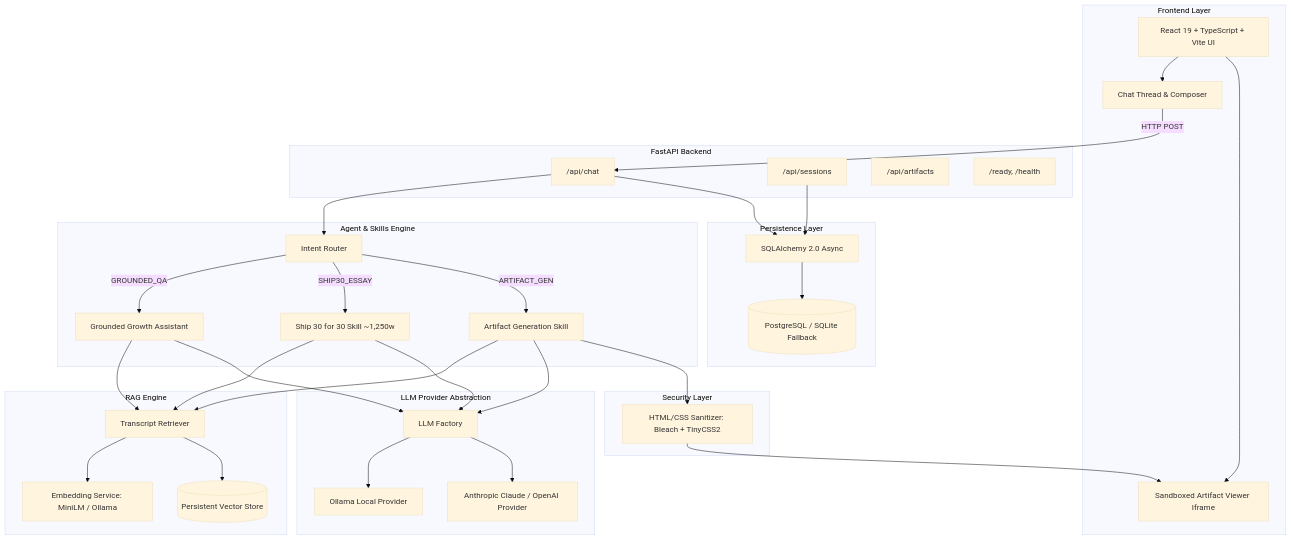
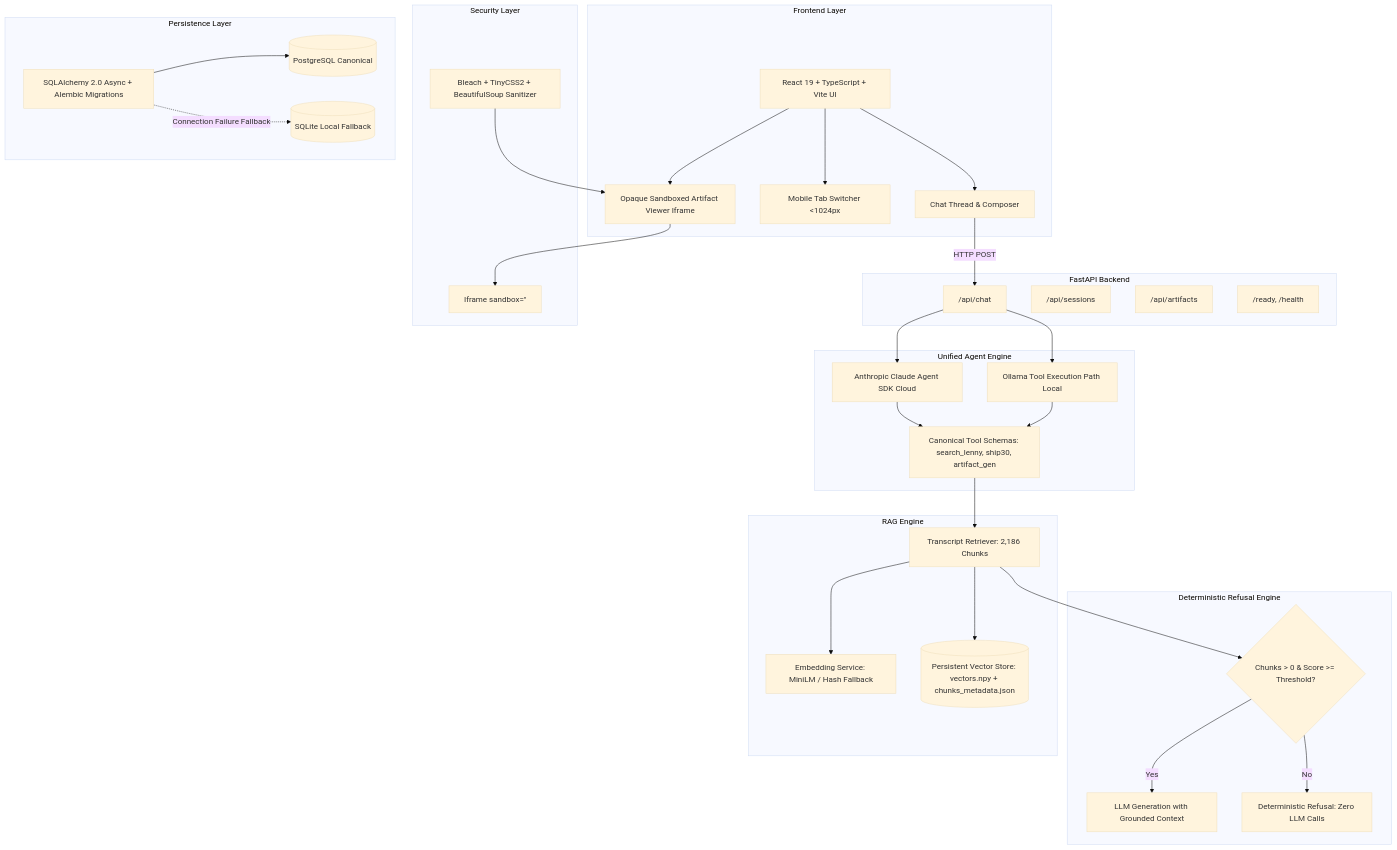
One commit to Riya-Singh-cell/lenny-growth-assistant changed the first of 2 diagrams in docs/architecture.md. Above: the diagram before and after it, drawn with Mermaid (base theme). The commit also changed other lines of this file and 46 other files, not shown here.

Commit message:
Complete Lenny Growth Assistant

````diff
--- a/docs/architecture.md
+++ b/docs/architecture.md
@@ -8,71 +30,64 @@
 ```mermaid
 flowchart TD
     subgraph Client [Frontend Layer]
         Browser[React 19 + TypeScript + Vite UI]
         ChatArea[Chat Thread & Composer]
-        Viewer[Sandboxed Artifact Viewer Iframe]
+        ResponsiveSwitcher[Mobile Tab Switcher <1024px]
+        Viewer[Opaque Sandboxed Artifact Viewer Iframe]
         Browser --> ChatArea
+        Browser --> ResponsiveSwitcher
         Browser --> Viewer
     end
 
     subgraph API [FastAPI Backend]
-        RouterEndpoint["/api/chat"]
+        ChatEndpoint["/api/chat"]
         SessionEndpoint["/api/sessions"]
         ArtifactEndpoint["/api/artifacts"]
         HealthEndpoint["/ready, /health"]
     end
 
-    subgraph AgentLayer [Agent & Skills Engine]
-        IntentRouter[Intent Router]
-        GrowthAgent[Grounded Growth Assistant]
-        Ship30Skill[Ship 30 for 30 Skill ~1,250w]
-        ArtifactSkill[Artifact Generation Skill]
-        
-        IntentRouter -->|GROUNDED_QA| GrowthAgent
-        IntentRouter -->|SHIP30_ESSAY| Ship30Skill
-        IntentRouter -->|ARTIFACT_GEN| ArtifactSkill
+    subgraph AgentLayer [Unified Agent Engine]
+        ClaudeSDK[Anthropic Claude Agent SDK Cloud]
+        LocalLoop[Ollama Tool Execution Path Local]
+        ToolRegistry[Canonical Tool Schemas: search_lenny, ship30, artifact_gen]
+        ClaudeSDK --> ToolRegistry
+        LocalLoop --> ToolRegistry
+    end
+
+    subgraph GroundingGuard [Deterministic Refusal Engine]
+        HardGuard{Chunks > 0 & Score >= Threshold?}
+        HardGuard -->|Yes| LLMGen[LLM Generation with Grounded Context]
+        HardGuard -->|No| ImmediateRefusal[Deterministic Refusal: Zero LLM Calls]
     end
 
     subgraph RAG [RAG Engine]
-        Retriever[Transcript Retriever]
-        EmbeddingService[Embedding Service: MiniLM / Ollama]
-        VectorStore[(Persistent Vector Store)]
+        Retriever[Transcript Retriever: 2,186 Chunks]
+        EmbeddingService[Embedding Service: MiniLM / Hash Fallback]
+        VectorStore[(Persistent Vector Store: vectors.npy + chunks_metadata.json)]
         Retriever --> EmbeddingService
         Retriever --> VectorStore
     end
 
-    subgraph LLM [LLM Provider Abstraction]
-        LLMFactory[LLM Factory]
-        OllamaProv[Ollama Local Provider]
-        CloudProv[Anthropic Claude / OpenAI Provider]
-        LLMFactory --> OllamaProv
-        LLMFactory --> CloudProv
-    end
-
     subgraph Security [Security Layer]
-        Sanitizer[HTML/CSS Sanitizer: Bleach + TinyCSS2]
+        Sanitizer[Bleach + TinyCSS2 + BeautifulSoup Sanitizer]
+        OpaqueSandbox[Iframe sandbox='']
     end
 
     subgraph DB [Persistence Layer]
-        SqlAlchemy[SQLAlchemy 2.0 Async]
-        Postgres[(PostgreSQL / SQLite Fallback)]
+        SqlAlchemy[SQLAlchemy 2.0 Async + Alembic Migrations]
+        Postgres[(PostgreSQL Canonical)]
+        Sqlite[(SQLite Local Fallback)]
         SqlAlchemy --> Postgres
+        SqlAlchemy -.->|Connection Failure Fallback| Sqlite
     end
 
-    ChatArea -->|HTTP POST| RouterEndpoint
-    RouterEndpoint --> IntentRouter
+    ChatArea -->|HTTP POST| ChatEndpoint
+    ChatEndpoint --> ClaudeSDK
+    ChatEndpoint --> LocalLoop
     
-    GrowthAgent --> Retriever
-    Ship30Skill --> Retriever
-    ArtifactSkill --> Retriever
+    ToolRegistry --> Retriever
+    Retriever --> HardGuard
     
-    GrowthAgent --> LLMFactory
-    Ship30Skill --> LLMFactory
-    ArtifactSkill --> LLMFactory
-    
-    ArtifactSkill --> Sanitizer
     Sanitizer --> Viewer
-    
-    RouterEndpoint --> SqlAlchemy
-    SessionEndpoint --> SqlAlchemy
+    Viewer --> OpaqueSandbox
 ```
````
